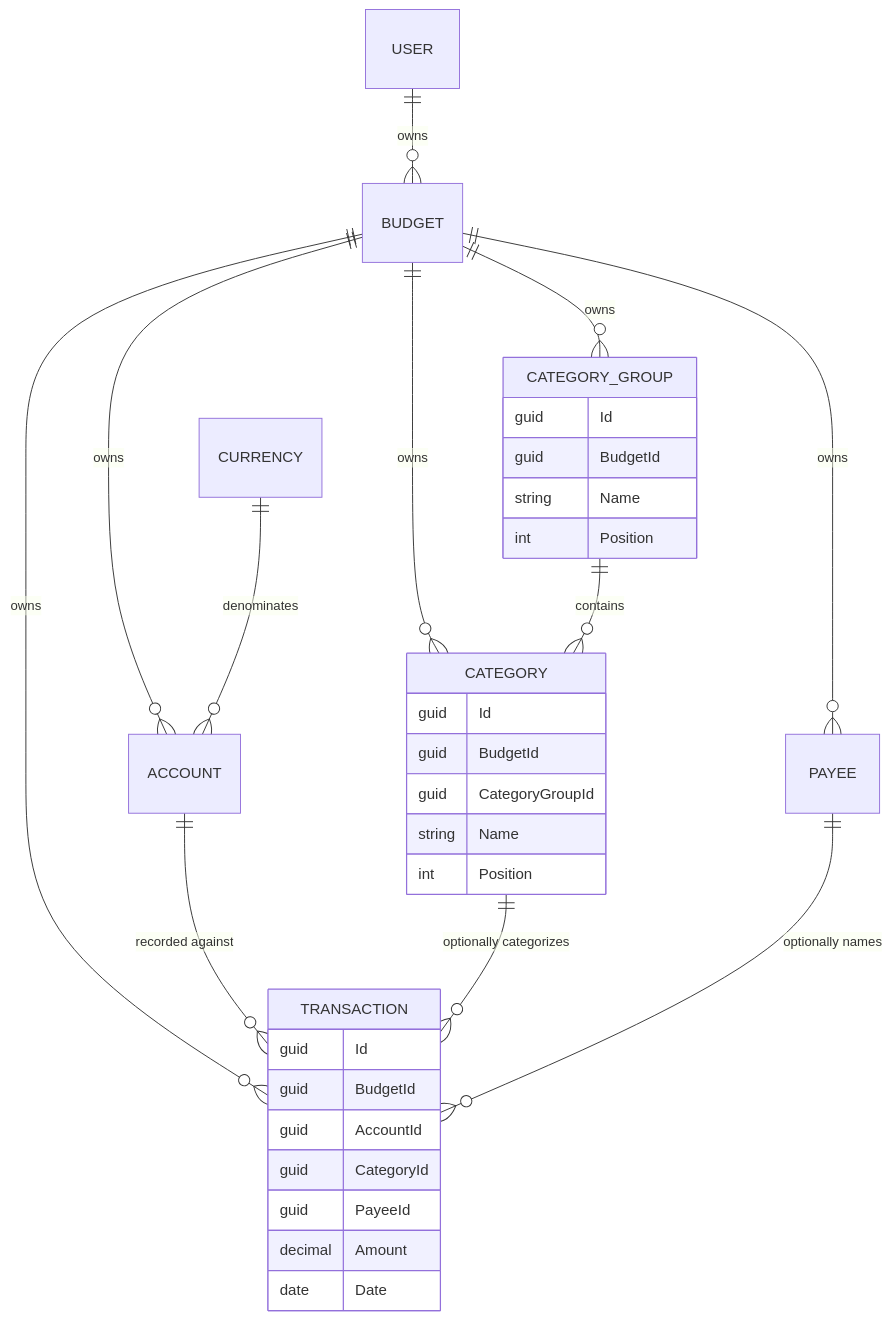
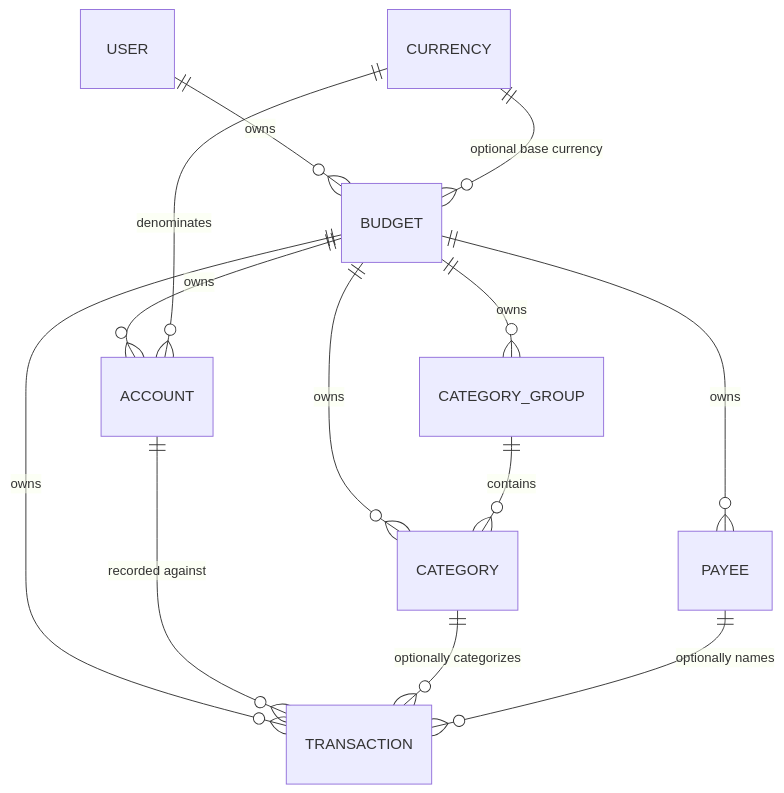
One commit to anton-kochev/budgetoid changed the diagram in docs/business-logic/_overview.md. Above: the diagram before and after it, drawn with Mermaid. The commit also changed other lines of this file and 7 other files, not shown here.

````diff
--- a/docs/business-logic/_overview.md
+++ b/docs/business-logic/_overview.md
@@ -49,37 +60,15 @@
 ```mermaid
 erDiagram
     USER ||--o{ BUDGET : owns
     BUDGET ||--o{ ACCOUNT : owns
     BUDGET ||--o{ CATEGORY_GROUP : owns
     BUDGET ||--o{ CATEGORY : owns
     BUDGET ||--o{ PAYEE : owns
     BUDGET ||--o{ TRANSACTION : owns
     ACCOUNT ||--o{ TRANSACTION : "recorded against"
     CATEGORY_GROUP ||--o{ CATEGORY : contains
     CATEGORY ||--o{ TRANSACTION : "optionally categorizes"
     PAYEE ||--o{ TRANSACTION : "optionally names"
     CURRENCY ||--o{ ACCOUNT : denominates
-
-    TRANSACTION {
-        guid Id
-        guid BudgetId
-        guid AccountId
-        guid CategoryId
-        guid PayeeId
-        decimal Amount
-        date Date
-    }
-    CATEGORY_GROUP {
-        guid Id
-        guid BudgetId
-        string Name
-        int Position
-    }
-    CATEGORY {
-        guid Id
-        guid BudgetId
-        guid CategoryGroupId
-        string Name
-        int Position
-    }
+    CURRENCY ||--o{ BUDGET : "optional base currency"
 ```
````
